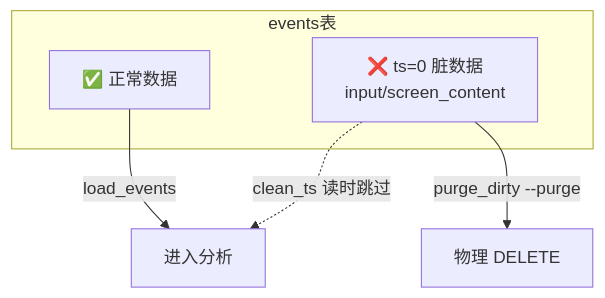
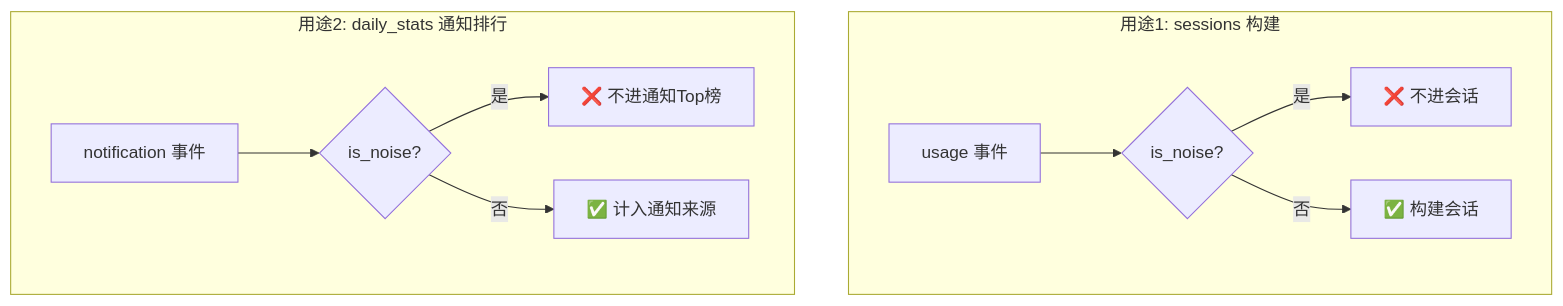
Before and after one commit to weweaq/WithLangGraph: the fourth of 9 diagrams in docs/etl-cleaning-guide.md, drawn with Mermaid. The commit also changed other lines of this file and 1 other file, not shown here.

````diff
--- a/docs/etl-cleaning-guide.md
+++ b/docs/etl-cleaning-guide.md
@@ -110,10 +154,13 @@
 ```mermaid
 flowchart TB
-    subgraph events表
-        A1[✅ 正常数据] 
-        A2[❌ ts=0 脏数据<br/>input/screen_content]
+    subgraph 用途1: sessions 构建
+        A1[usage 事件] --> B1{is_noise?}
+        B1 -->|是| C1[❌ 不进会话]
+        B1 -->|否| C2[✅ 构建会话]
     end
-    A1 -->|load_events| B[进入分析]
-    A2 -.->|clean_ts 读时跳过| B
-    A2 -->|purge_dirty --purge| C[物理 DELETE]
+    subgraph 用途2: daily_stats 通知排行
+        A2[notification 事件] --> B2{is_noise?}
+        B2 -->|是| C3[❌ 不进通知Top榜]
+        B2 -->|否| C4[✅ 计入通知来源]
+    end
 ```
````
